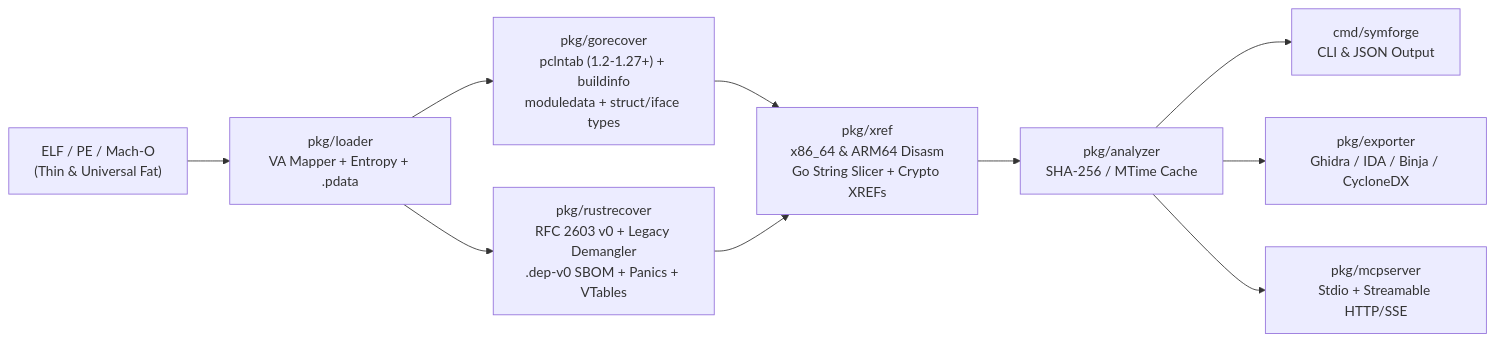
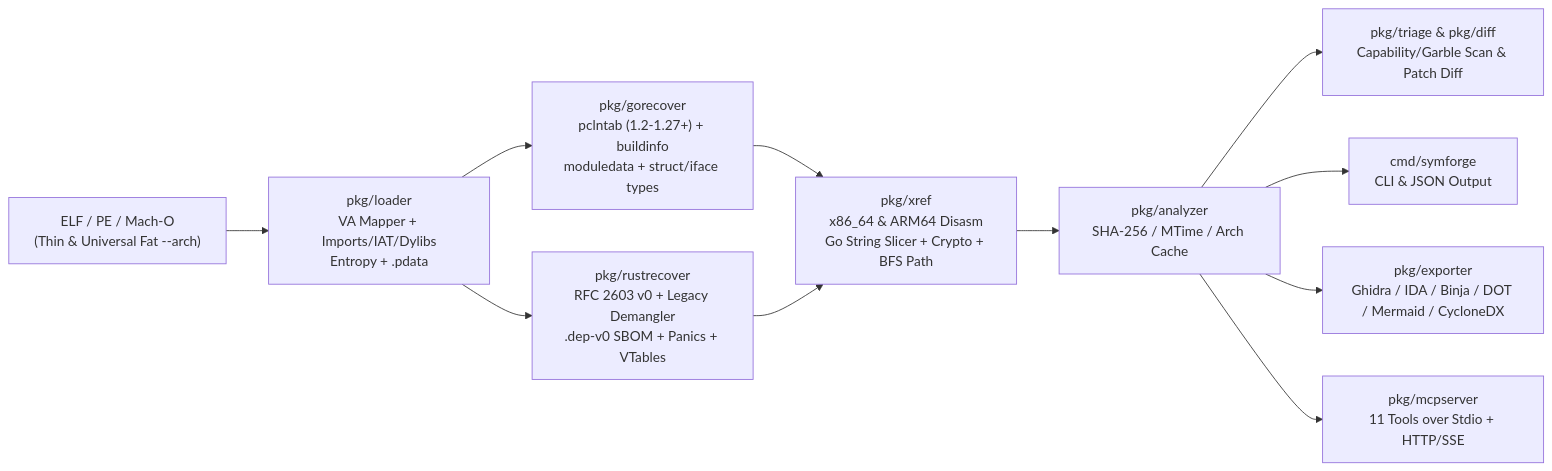
The diagram in README.md (aloneangel45/SymForge), drawn with Mermaid before and after one commit. The commit also changed other lines of this file and 24 other files, not shown here.

Commit message:
feat: release v1.1.0 — native imports, Fat Mach-O --arch, binary diff, capability/garble triage, BFS call-path & DOT/Mermaid graphs

````diff
--- a/README.md
+++ b/README.md
@@ -154,12 +156,13 @@
 ```mermaid
 flowchart LR
-    Bin["ELF / PE / Mach-O\n(Thin & Universal Fat)"] --> Loader["pkg/loader\nVA Mapper + Entropy + .pdata"]
+    Bin["ELF / PE / Mach-O\n(Thin & Universal Fat --arch)"] --> Loader["pkg/loader\nVA Mapper + Imports/IAT/Dylibs\nEntropy + .pdata"]
     Loader --> GoRec["pkg/gorecover\npclntab (1.2-1.27+) + buildinfo\nmoduledata + struct/iface types"]
     Loader --> RustRec["pkg/rustrecover\nRFC 2603 v0 + Legacy Demangler\n.dep-v0 SBOM + Panics + VTables"]
-    GoRec --> Xref["pkg/xref\nx86_64 & ARM64 Disasm\nGo String Slicer + Crypto XREFs"]
+    GoRec --> Xref["pkg/xref\nx86_64 & ARM64 Disasm\nGo String Slicer + Crypto + BFS Path"]
     RustRec --> Xref
-    Xref --> Cache["pkg/analyzer\nSHA-256 / MTime Cache"]
+    Xref --> Cache["pkg/analyzer\nSHA-256 / MTime / Arch Cache"]
+    Cache --> Triage["pkg/triage & pkg/diff\nCapability/Garble Scan & Patch Diff"]
     Cache --> CLI["cmd/symforge\nCLI & JSON Output"]
-    Cache --> Export["pkg/exporter\nGhidra / IDA / Binja / CycloneDX"]
-    Cache --> MCP["pkg/mcpserver\nStdio + Streamable HTTP/SSE"]
+    Cache --> Export["pkg/exporter\nGhidra / IDA / Binja / DOT / Mermaid / CycloneDX"]
+    Cache --> MCP["pkg/mcpserver\n11 Tools over Stdio + HTTP/SSE"]
 ```
````
